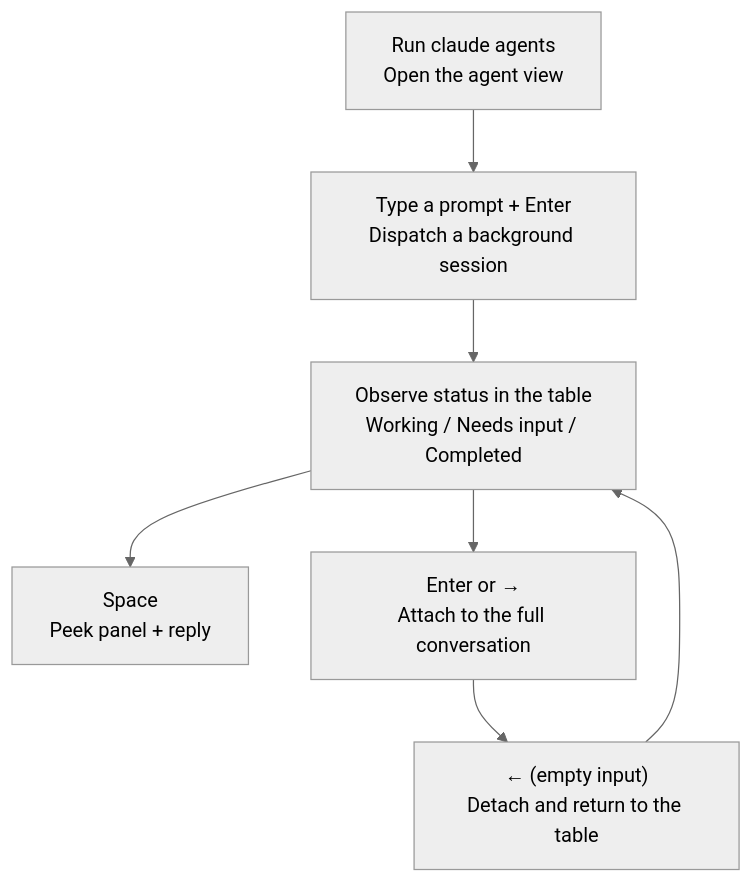
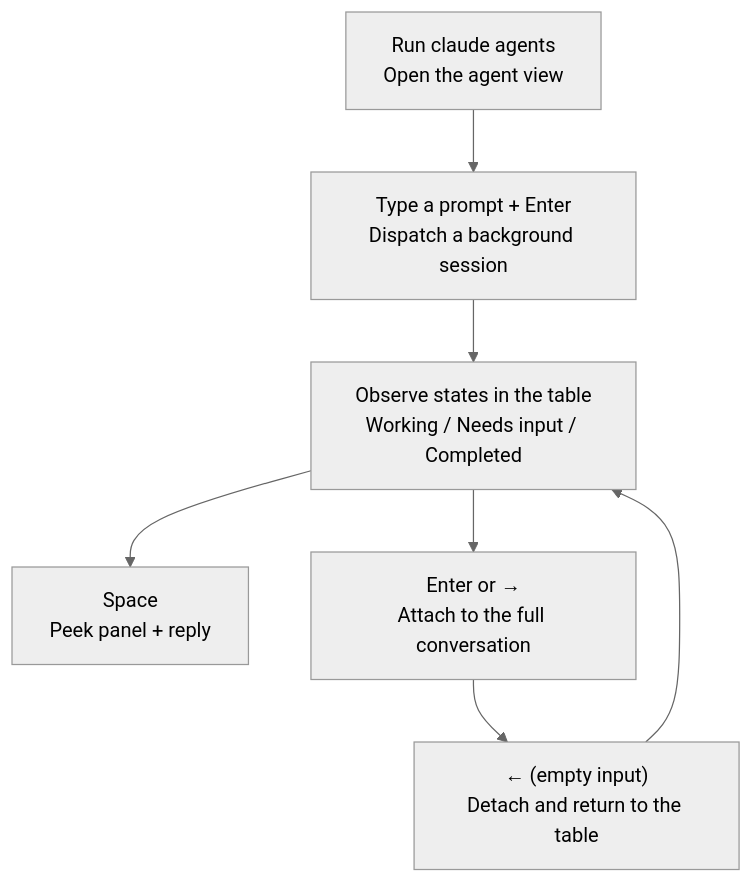
One commit to modu-ai/moai-adk changed the diagram in docs-site/content/en/claude-code/agentic/agent-view.md. Above: the diagram before and after it, drawn with Mermaid (neutral theme). The commit also changed other lines of this file and 395 other files, not shown here.

````diff
--- a/docs-site/content/en/claude-code/agentic/agent-view.md
+++ b/docs-site/content/en/claude-code/agentic/agent-view.md
@@ -94,9 +94,9 @@
 ```mermaid
 flowchart TD
     A["Run claude agents<br/>Open the agent view"] --> B["Type a prompt + Enter<br/>Dispatch a background session"]
-    B --> C["Observe status in the table<br/>Working / Needs input / Completed"]
+    B --> C["Observe states in the table<br/>Working / Needs input / Completed"]
     C --> D["Space<br/>Peek panel + reply"]
     C --> E["Enter or →<br/>Attach to the full conversation"]
     E --> F["← (empty input)<br/>Detach and return to the table"]
     F --> C
 ```
````
